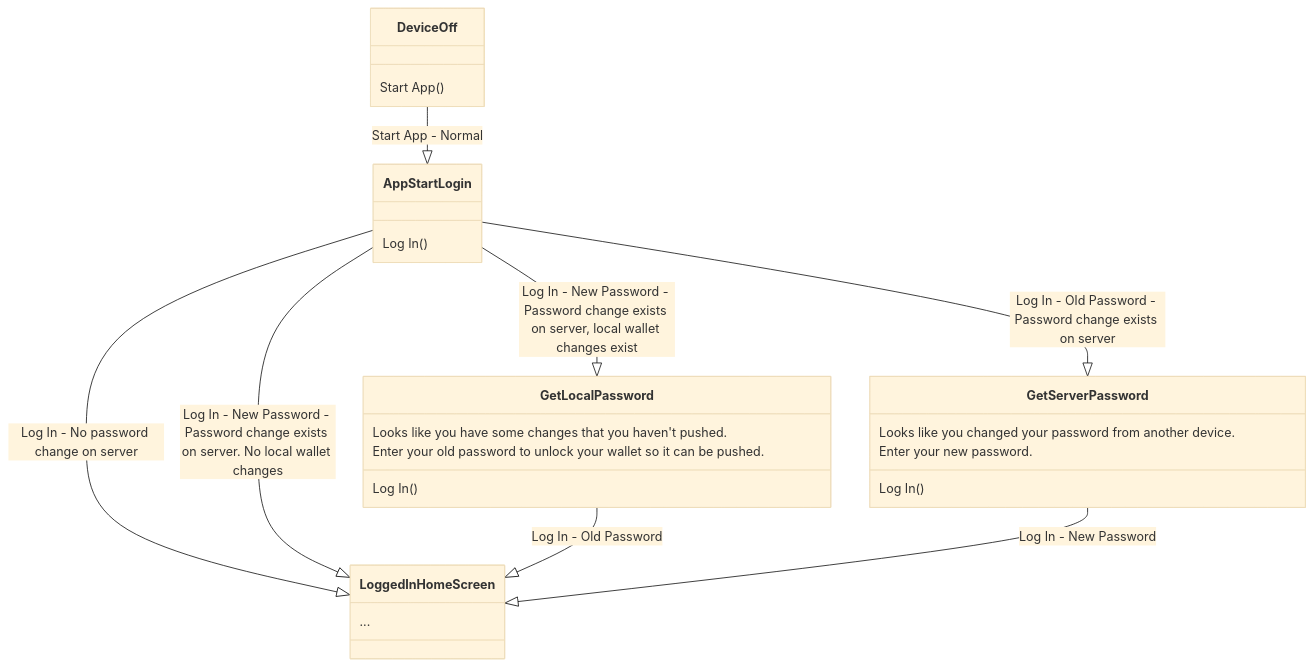
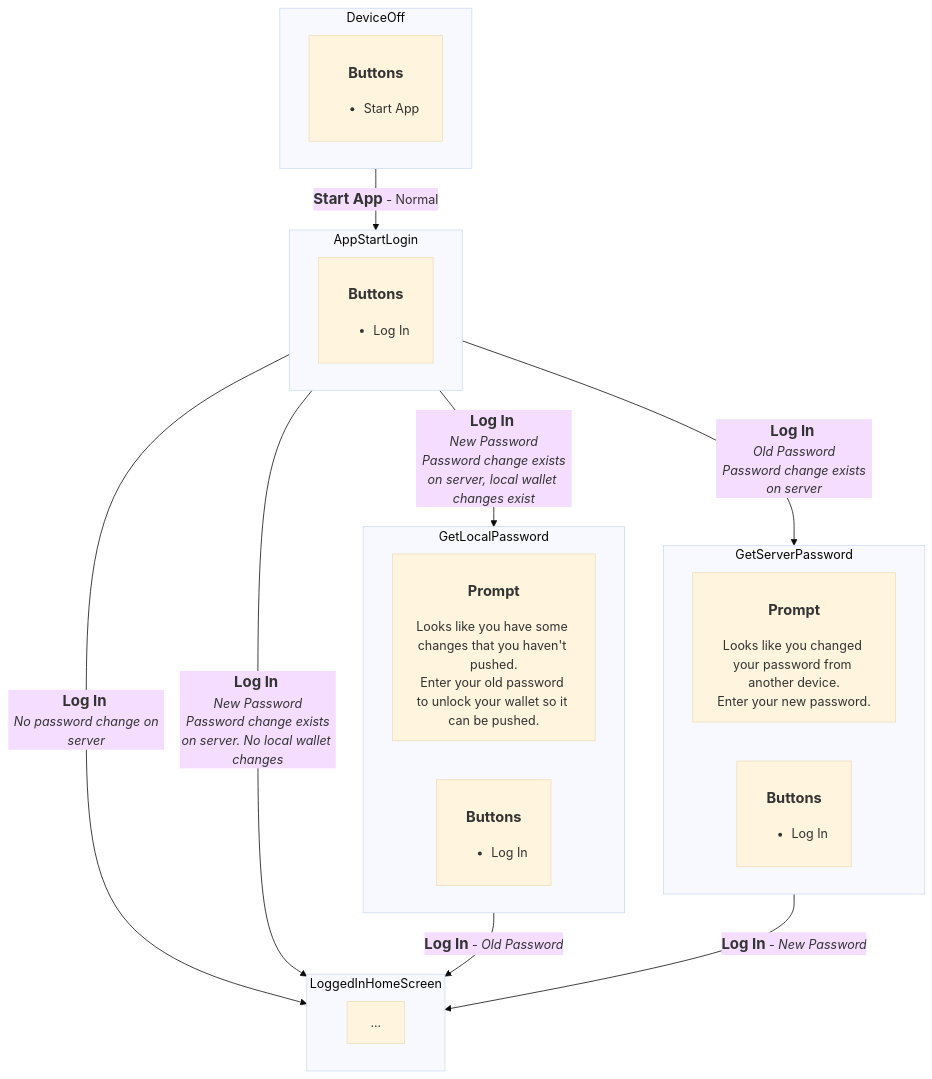
One commit to orblivion/lbry-wallet-sync-draft changed the sixth of 7 diagrams in spec/user-flows.md. Above: the diagram before and after it, drawn with Mermaid (base theme). The commit also changed 7 other files, not shown here.

Commit message:
User Flows - turning on the app - convert to flowcharts

````diff
--- a/spec/user-flows.md
+++ b/spec/user-flows.md
@@ -394,23 +394,38 @@
 ```mermaid
-classDiagram
+flowchart TD
+  classDef start fill:#8f8;
+  classDef finish fill:#f88;
 
-DeviceOff --|> AppStartLogin : Start App - Normal
-AppStartLogin --|> LoggedInHomeScreen : Log In - No password change on server
-AppStartLogin --|> LoggedInHomeScreen : Log In - New Password - Password change exists on server. No local wallet changes
+  DeviceOff --<big><b>Start App</b></big> - Normal--> AppStartLogin
+  AppStartLogin --<big><b>Log In</b></big> <br> <i>No password change on server</i>--> LoggedInHomeScreen
+  AppStartLogin --<big><b>Log In</b></big> <br> <i>New Password <br> Password change exists on server. No local wallet changes</i>--> LoggedInHomeScreen
 
-AppStartLogin --|> GetLocalPassword : Log In - New Password - Password change exists on server, local wallet changes exist
-AppStartLogin --|> GetServerPassword : Log In - Old Password - Password change exists on server
+  AppStartLogin --<big><b>Log In</b></big> <br> <i>New Password <br> Password change exists on server, local wallet changes exist</i>--> GetLocalPassword
+  AppStartLogin --<big><b>Log In</b></big> <br> <i>Old Password <br> Password change exists on server</i>--> GetServerPassword
 
-GetLocalPassword --|> LoggedInHomeScreen : Log In - Old Password
-GetServerPassword --|> LoggedInHomeScreen : Log In - New Password
+  GetLocalPassword --<big><b>Log In</b></big> - <i>Old Password</i>--> LoggedInHomeScreen
+  GetServerPassword --<big><b>Log In</b></big> - <i>New Password</i>--> LoggedInHomeScreen
 
-DeviceOff : Start App()
-AppStartLogin : Log In()
-LoggedInHomeScreen : ...
-GetLocalPassword : Looks like you have some changes that you haven't pushed.
-GetLocalPassword : Enter your old password to unlock your wallet so it can be pushed.
-GetLocalPassword : Log In()
-GetServerPassword : Looks like you changed your password from another device.
-GetServerPassword : Enter your new password.
-GetServerPassword : Log In()
+  subgraph DeviceOff
+    direction RL
+    DeviceOff1[<h3>Buttons</h3><ul><li>Start App</li></ul>]
+  end
+  subgraph AppStartLogin
+    direction RL
+    AppStartLogin1[<h3>Buttons</h3><ul><li>Log In</li></ul>]
+  end
+  subgraph LoggedInHomeScreen
+    direction RL
+    LoggedInHomeScreen1[...]
+  end
+  subgraph GetLocalPassword
+    direction RL
+    GetLocalPassword1[<h3>Prompt</h3>Looks like you have some changes that you haven't pushed.<br>Enter your old password to unlock your wallet so it can be pushed.]
+    GetLocalPassword2[<h3>Buttons</h3><ul><li>Log In</li></ul>]
+  end
+  subgraph GetServerPassword
+    direction RL
+    GetServerPassword1[<h3>Prompt</h3>Looks like you changed your password from another device.<br>Enter your new password.]
+    GetServerPassword2[<h3>Buttons</h3><ul><li>Log In</li></ul>]
+  end
 ```
````
